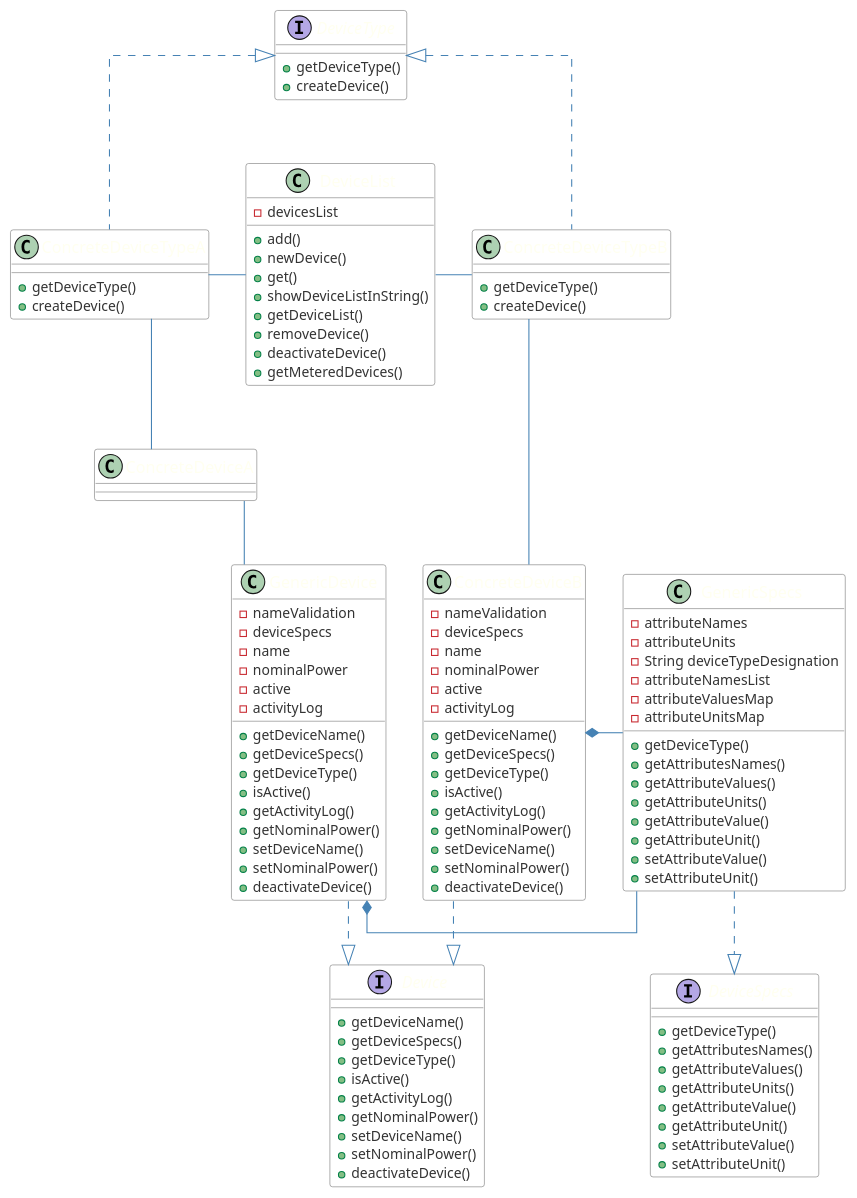
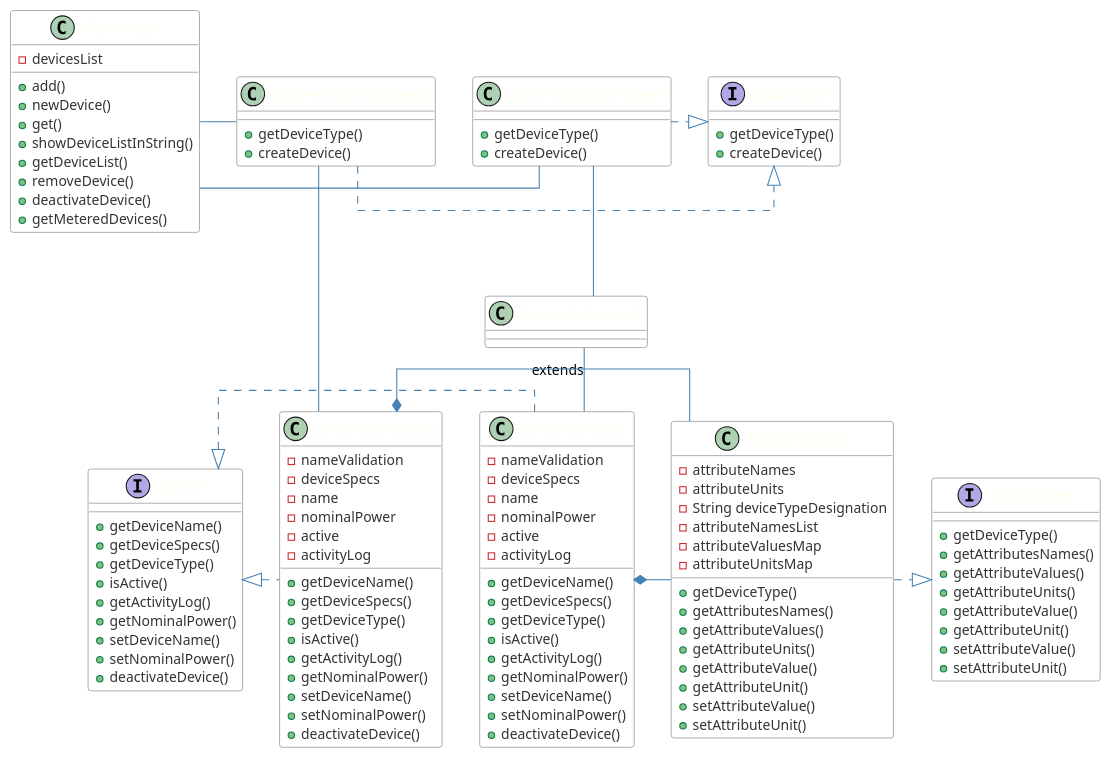
Before and after one commit to emanuel-pereira/hou: the diagram in src/main/java/smarthome/controller/classDiagrams/cd_DeviceCreationImprovedAgain.puml, drawn with PlantUML.

Commit message:
Improvement of sequence diagram;

```diff
--- a/src/main/java/smarthome/controller/classDiagrams/cd_DeviceCreationImprovedAgain.puml
+++ b/src/main/java/smarthome/controller/classDiagrams/cd_DeviceCreationImprovedAgain.puml
@@ -1,161 +1,161 @@
 @startuml
 skinparam linetype ortho
 
 skinparam class {
 	ArrowColor SteelBlue
 	BorderColor Dimgray
 	HeaderBackgroundColor SteelBlue
 	BackgroundColor White
 	FontName Calibri bold
 	AttributeFontColor #333
 	AttributeFontName Calibri
 	AttributeFontSize 13
 	FontColor Ivory
 	FontSize 15
 }
 
 class DeviceList
 {
 - devicesList
 + add()
 + newDevice()
 + get()
 + showDeviceListInString()
 + getDeviceList()
 + removeDevice()
 + deactivateDevice()
 + getMeteredDevices()
 }
 
 interface DeviceType
 {
 +getDeviceType()
 +createDevice()
 }
 
 class ConcreteDeviceTypeA
 {
 +getDeviceType()
 +createDevice()
 }
 class ConcreteDeviceTypeB
 {
 +getDeviceType()
 +createDevice()
 }
 
 
 
 
 
 class ConcreteDeviceB {
 - nameValidation
 - deviceSpecs
 - name
 - nominalPower
 - active
 - activityLog
 
 +getDeviceName()
 +getDeviceSpecs()
 +getDeviceType()
 +isActive()
 +getActivityLog()
 +getNominalPower()
 +setDeviceName()
 +setNominalPower()
 +deactivateDevice()
 }
 
 class GenericDevice {
 - nameValidation
 - deviceSpecs
 - name
 - nominalPower
 - active
 - activityLog
 
 +getDeviceName()
 +getDeviceSpecs()
 +getDeviceType()
 +isActive()
 +getActivityLog()
 +getNominalPower()
 +setDeviceName()
 +setNominalPower()
 +deactivateDevice()
 }
 
 class GenericSpecs
 {
 - attributeNames
 - attributeUnits
 - String deviceTypeDesignation
 - attributeNamesList
 - attributeValuesMap
 - attributeUnitsMap
 +getDeviceType()
 +getAttributesNames()
 +getAttributeValues()
 +getAttributeUnits()
 +getAttributeValue()
 +getAttributeUnit()
 +setAttributeValue()
 +setAttributeUnit()
 }
 
 interface DeviceSpecs
 {
 +getDeviceType()
 +getAttributesNames()
 +getAttributeValues()
 +getAttributeUnits()
 +getAttributeValue()
 +getAttributeUnit()
 +setAttributeValue()
 +setAttributeUnit()
 }
 
 
 
 interface Device
 {
 +getDeviceName()
 +getDeviceSpecs()
 +getDeviceType()
 +isActive()
 +getActivityLog()
 +getNominalPower()
 +setDeviceName()
 +setNominalPower()
 +deactivateDevice()
 }
 
 
 
 
-DeviceList -left- ConcreteDeviceTypeA
+DeviceList -right- ConcreteDeviceTypeA
 DeviceList -right- ConcreteDeviceTypeB
 
-ConcreteDeviceTypeA .up.|> DeviceType
-ConcreteDeviceTypeB .up.|> DeviceType
+ConcreteDeviceTypeA .down|> DeviceType
+ConcreteDeviceTypeB .down|> DeviceType
 
-GenericSpecs ..|> DeviceSpecs
+GenericSpecs .|> DeviceSpecs
 
-ConcreteDeviceA -down- GenericDevice
+ConcreteDeviceA -down- GenericDevice :extends
 
-GenericDevice ..|> Device
+GenericDevice .left|> Device
 
 GenericDevice *-right- GenericSpecs
 
 
 ConcreteDeviceTypeA -down- ConcreteDeviceA
 
 ConcreteDeviceTypeB -down- ConcreteDeviceB
 
-ConcreteDeviceB ..|> Device
+ConcreteDeviceB .left|> Device
 ConcreteDeviceB *-right- GenericSpecs
 
 
 
 @enduml
```
